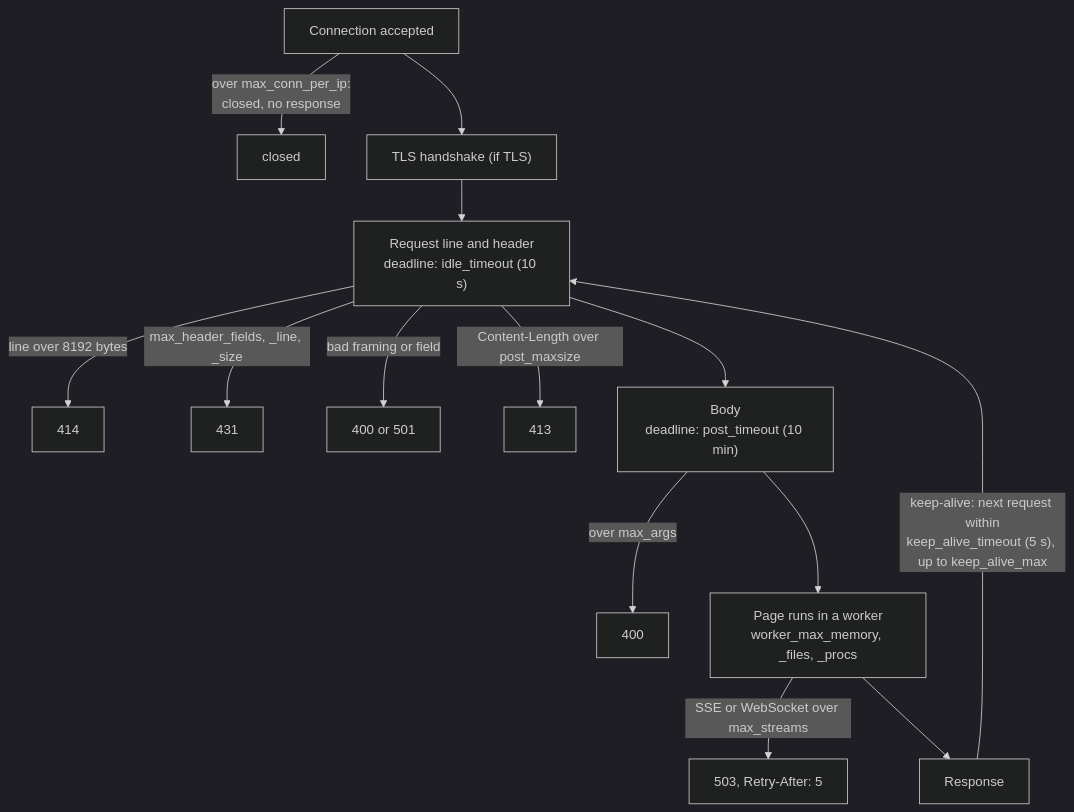
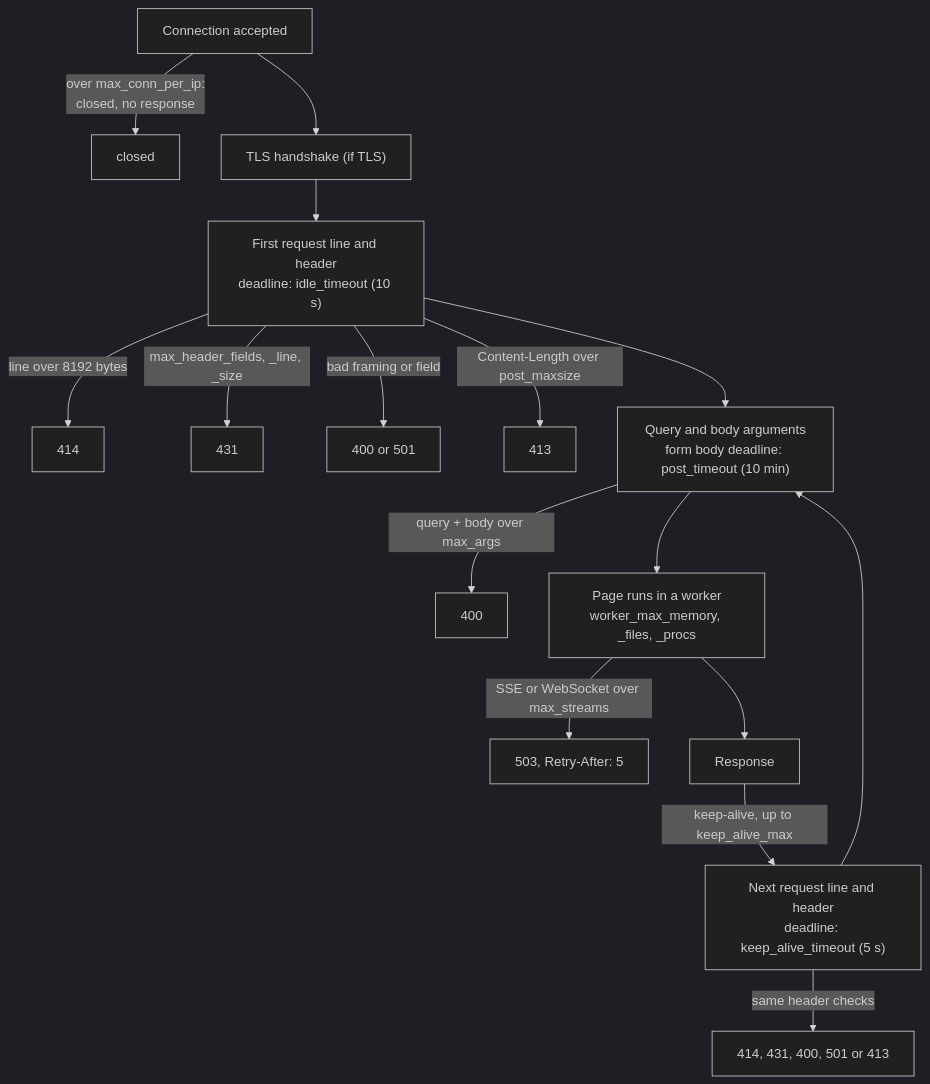
Before and after one commit to DanielTillett/klin: the diagram in doc/LIMITS.md, drawn with Mermaid (dark theme). The commit also changed other lines of this file and 25 other files, not shown here.

````diff
--- a/doc/LIMITS.md
+++ b/doc/LIMITS.md
@@ -16,16 +16,18 @@
 ```mermaid
 flowchart TD
     A["Connection accepted"] -->|"over max_conn_per_ip:<br/>closed, no response"| X1["closed"]
     A --> B["TLS handshake (if TLS)"]
-    B --> C["Request line and header<br/>deadline: idle_timeout (10 s)"]
+    B --> C["First request line and header<br/>deadline: idle_timeout (10 s)"]
     C -->|"line over 8192 bytes"| R414["414"]
     C -->|"max_header_fields, _line, _size"| R431["431"]
     C -->|"bad framing or field"| R400["400 or 501"]
     C -->|"Content-Length over post_maxsize"| R413["413"]
-    C --> D["Body<br/>deadline: post_timeout (10 min)"]
-    D -->|"over max_args"| R400b["400"]
+    C --> D["Query and body arguments<br/>form body deadline: post_timeout (10 min)"]
+    D -->|"query + body over max_args"| R400b["400"]
     D --> E["Page runs in a worker<br/>worker_max_memory, _files, _procs"]
     E -->|"SSE or WebSocket over max_streams"| R503["503, Retry-After: 5"]
     E --> F["Response"]
-    F -->|"keep-alive: next request within<br/>keep_alive_timeout (5 s), up to keep_alive_max"| C
+    F -->|"keep-alive, up to keep_alive_max"| K["Next request line and header<br/>deadline: keep_alive_timeout (5 s)"]
+    K -->|"same header checks"| R2["414, 431, 400, 501 or 413"]
+    K --> D
 ```
````
